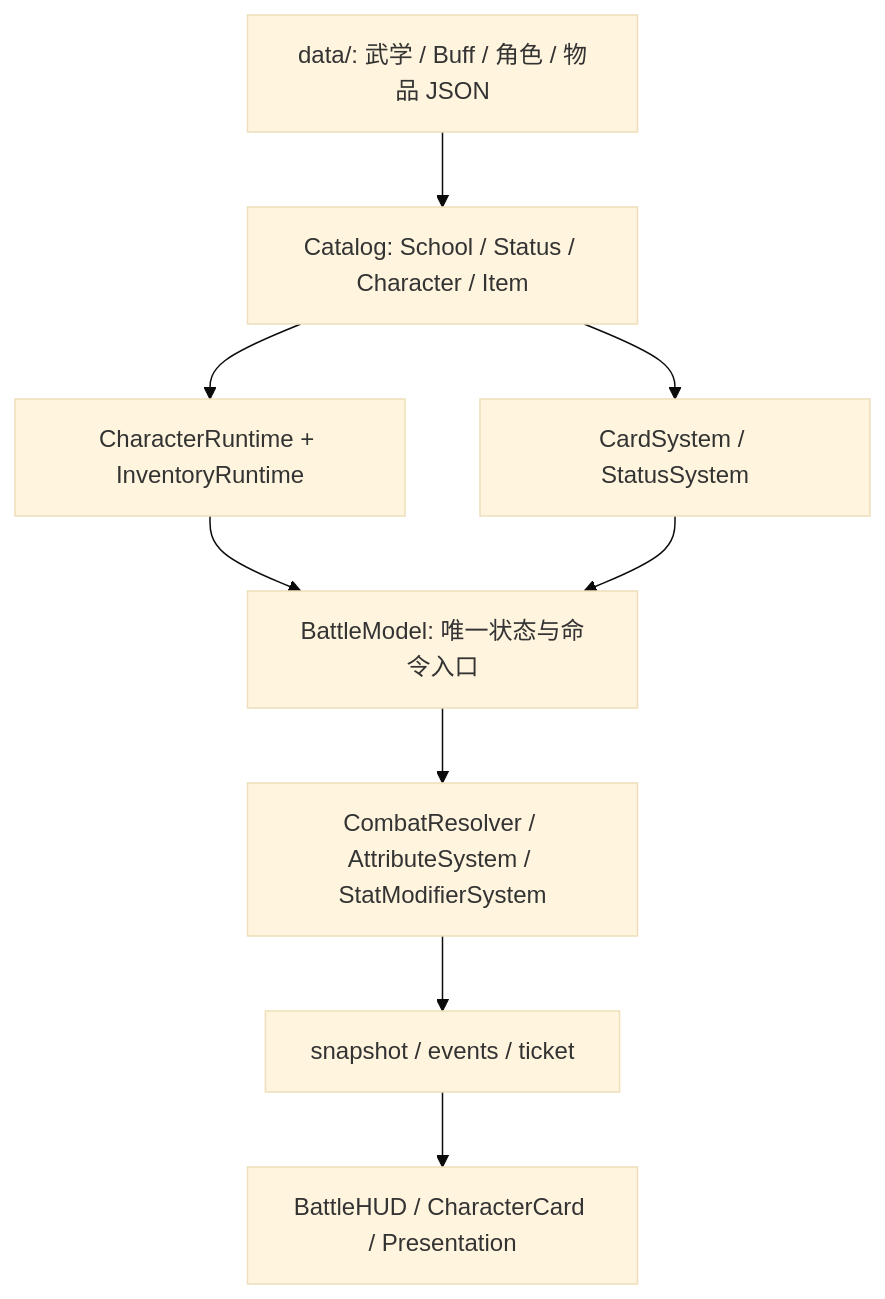
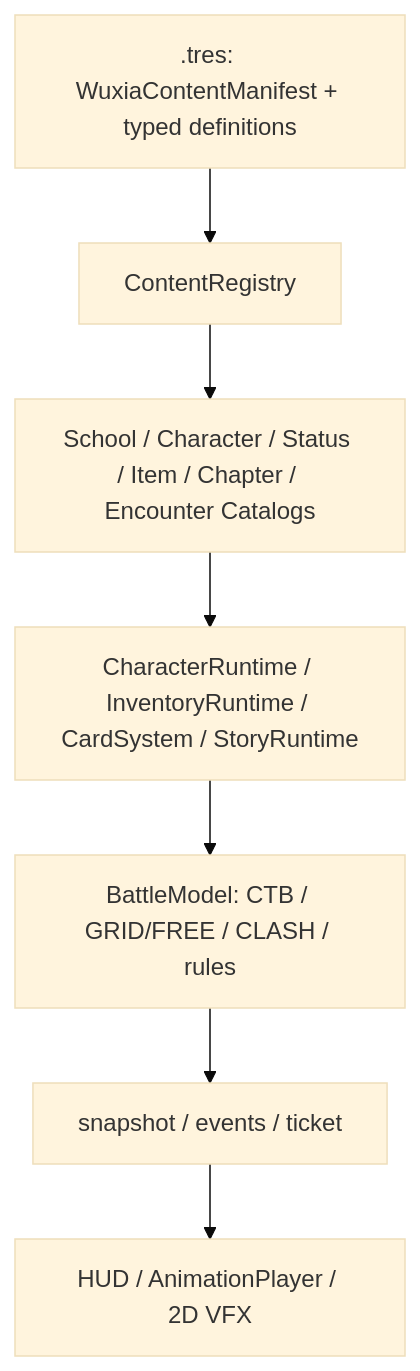
The second of 2 diagrams in demos/changfeng-battle/docs/ARCHITECTURE.md (yup-21/game-dev), drawn with Mermaid (base theme) before and after one commit. The commit also changed other lines of this file and 13 other files, not shown here.

First line of the commit message:
docs(wuxia): remove stale JSON authoring and export instructions

````diff
--- a/demos/changfeng-battle/docs/ARCHITECTURE.md
+++ b/demos/changfeng-battle/docs/ARCHITECTURE.md
@@ -70,11 +70,9 @@
 ```mermaid
 flowchart TD
-    A["data/: 武学 / Buff / 角色 / 物品 JSON"] --> B["Catalog: School / Status / Character / Item"]
-    B --> C["CharacterRuntime + InventoryRuntime"]
-    B --> D["CardSystem / StatusSystem"]
-    C --> E["BattleModel: 唯一状态与命令入口"]
-    D --> E
-    E --> F["CombatResolver / AttributeSystem / StatModifierSystem"]
-    F --> G["snapshot / events / ticket"]
-    G --> H["BattleHUD / CharacterCard / Presentation"]
+    A[".tres: WuxiaContentManifest + typed definitions"] --> B["ContentRegistry"]
+    B --> C["School / Character / Status / Item / Chapter / Encounter Catalogs"]
+    C --> D["CharacterRuntime / InventoryRuntime / CardSystem / StoryRuntime"]
+    D --> E["BattleModel: CTB / GRID/FREE / CLASH / rules"]
+    E --> F["snapshot / events / ticket"]
+    F --> G["HUD / AnimationPlayer / 2D VFX"]
 ```
````
